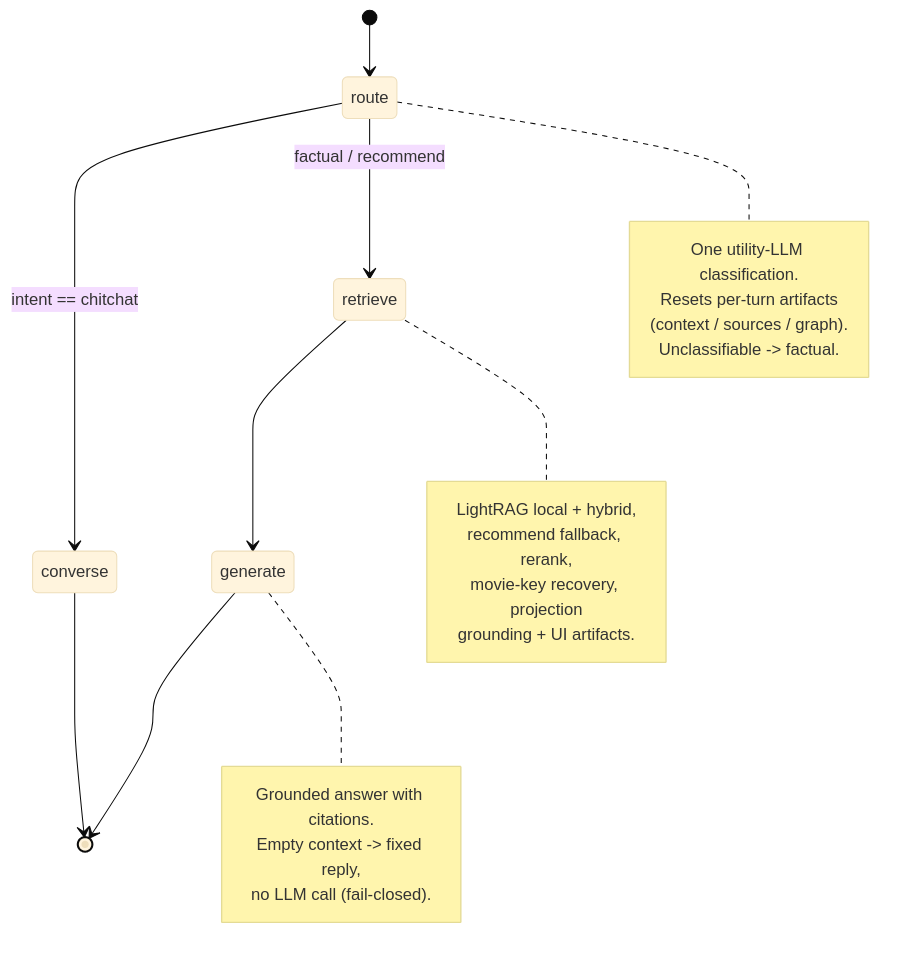
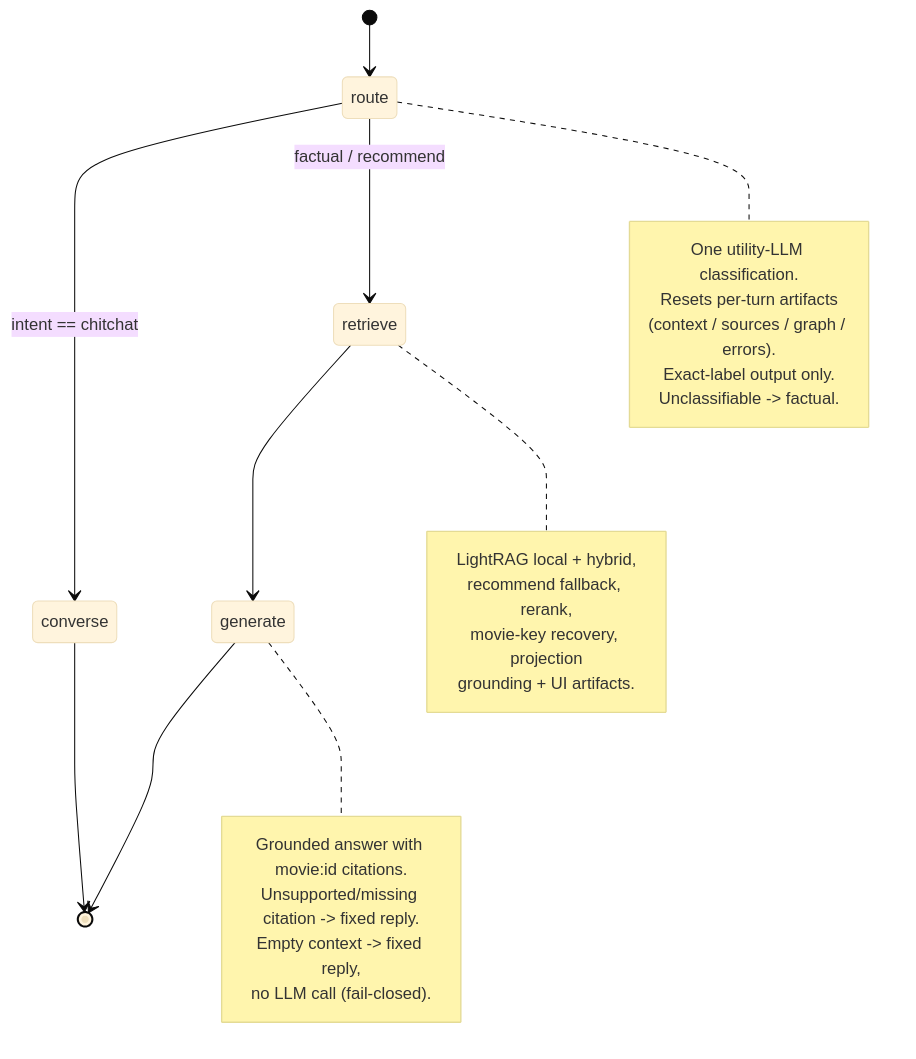
Before and after one commit to Nagdy8888/reel-movie-agent: the fourth of 11 diagrams in docs/ARCHITECTURE.md, drawn with Mermaid (base theme). The commit also changed other lines of this file and 25 other files, not shown here.

````diff
--- a/docs/ARCHITECTURE.md
+++ b/docs/ARCHITECTURE.md
@@ -149,29 +149,31 @@
 ```mermaid
 stateDiagram-v2
     [*] --> route
     route --> converse: intent == chitchat
     route --> retrieve: factual / recommend
     retrieve --> generate
     converse --> [*]
     generate --> [*]
 
     note right of route
         One utility-LLM classification.
         Resets per-turn artifacts
-        (context / sources / graph).
+        (context / sources / graph / errors).
+        Exact-label output only.
         Unclassifiable -> factual.
     end note
 
     note right of retrieve
         LightRAG local + hybrid,
         recommend fallback, rerank,
         movie-key recovery, projection
         grounding + UI artifacts.
     end note
 
     note right of generate
-        Grounded answer with citations.
+        Grounded answer with movie:id citations.
+        Unsupported/missing citation -> fixed reply.
         Empty context -> fixed reply,
         no LLM call (fail-closed).
     end note
 ```
````
